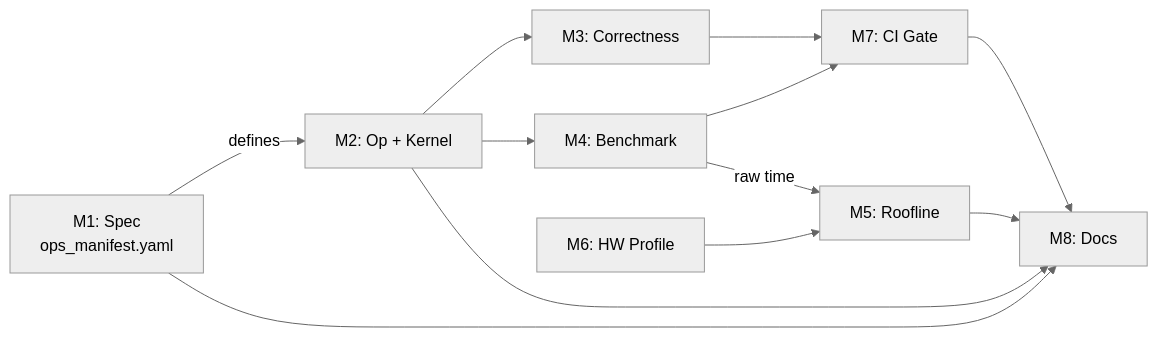
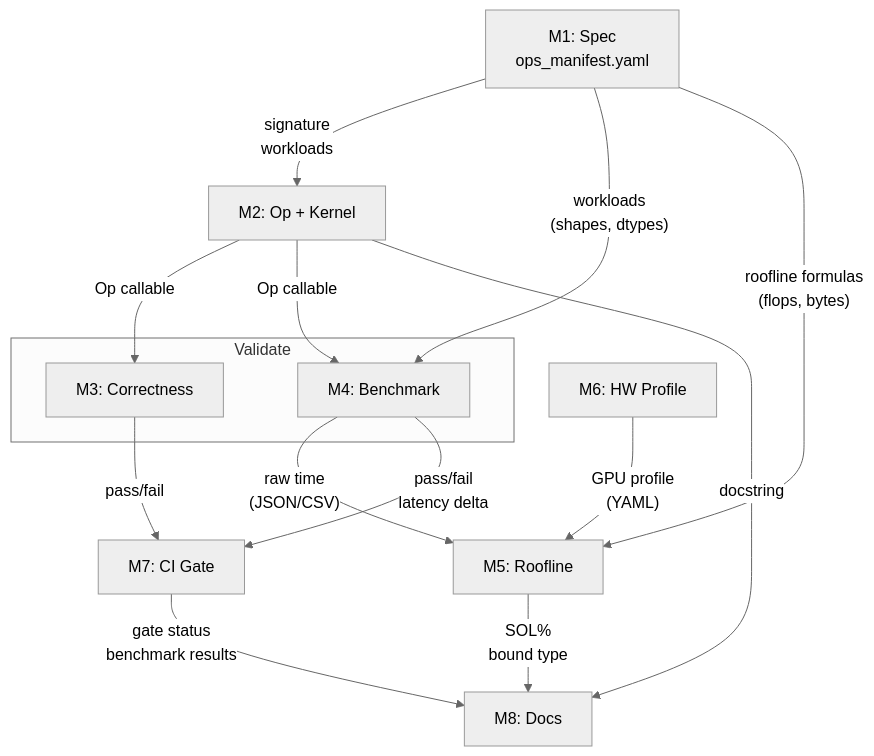
The diagram in docs/architecture.md (tile-ai/TileOPs), drawn with Mermaid (neutral theme) before and after one commit. The commit also changed other lines of this file, not shown here.

First line of the commit message:
[Doc][Architecture] Add explicit data contracts between modules (#660)

````diff
--- a/docs/architecture.md
+++ b/docs/architecture.md
@@ -9,18 +9,28 @@
 ```mermaid
-graph LR
+graph TD
     M1["M1: Spec<br/>ops_manifest.yaml"]
     M2["M2: Op + Kernel"]
-    M3["M3: Correctness"]
-    M4["M4: Benchmark"]
+    M6["M6: HW Profile"]
+
+    subgraph Validate
+        M3["M3: Correctness"]
+        M4["M4: Benchmark"]
+    end
+
     M5["M5: Roofline"]
-    M6["M6: HW Profile"]
     M7["M7: CI Gate"]
     M8["M8: Docs"]
 
-    M1 -- defines --> M2
-    M2 --> M3 & M4
-    M3 & M4 --> M7
-    M4 -- raw time --> M5
-    M6 --> M5
-    M1 & M2 & M5 & M7 --> M8
+    M1 -- "signature<br/>workloads" --> M2
+    M1 -- "workloads<br/>(shapes, dtypes)" --> M4
+    M1 -- "roofline formulas<br/>(flops, bytes)" --> M5
+    M2 -- "Op callable" --> M3
+    M2 -- "Op callable" --> M4
+    M2 -- "docstring" --> M8
+    M3 -- "pass/fail" --> M7
+    M4 -- "raw time<br/>(JSON/CSV)" --> M5
+    M4 -- "pass/fail<br/>latency delta" --> M7
+    M5 -- "SOL%<br/>bound type" --> M8
+    M6 -- "GPU profile<br/>(YAML)" --> M5
+    M7 -- "gate status<br/>benchmark results" --> M8
 ```
````
